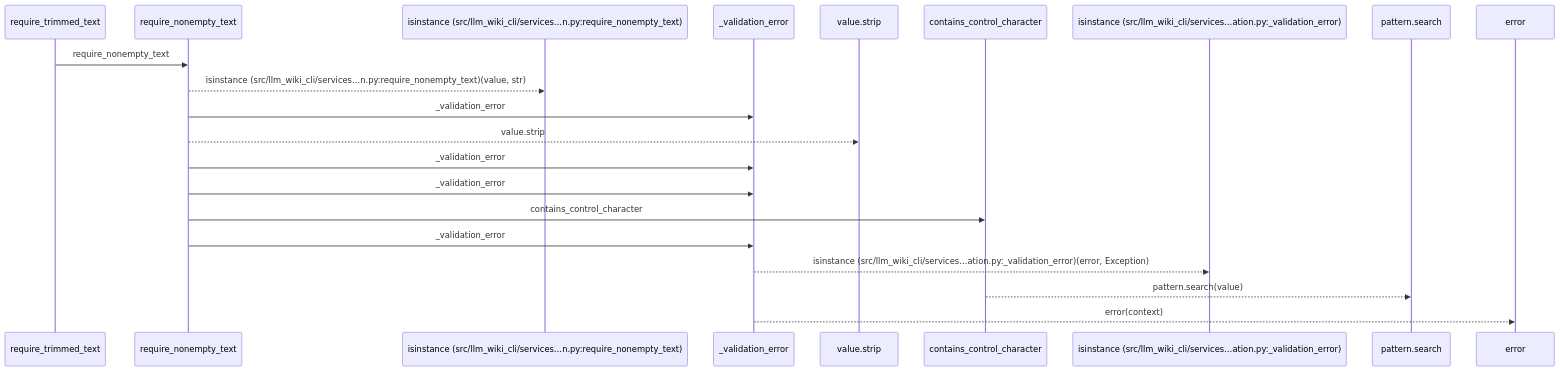
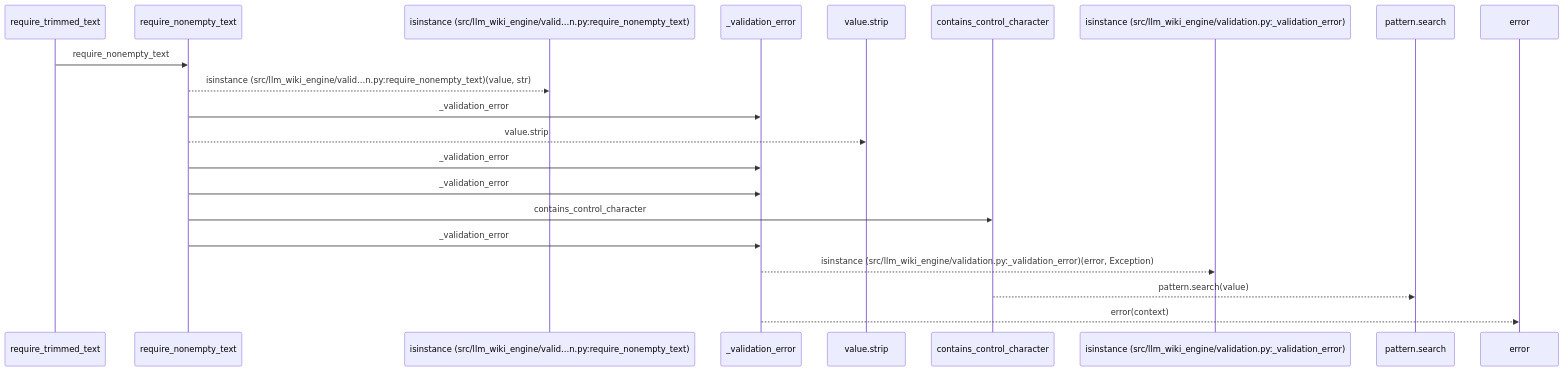
Before and after one commit to Denissvgn/python-wiki-llm: the first of 2 diagrams in docs/llm_wiki/flows/api-require_trimmed_text.md, drawn with Mermaid. The commit also changed other lines of this file and 1103 other files, not shown here.

First line of the commit message:
docs: refresh the wiki for the llm-wiki-engine distribution

````diff
--- a/docs/llm_wiki/flows/api-require_trimmed_text.md
+++ b/docs/llm_wiki/flows/api-require_trimmed_text.md
@@ -12,23 +12,23 @@
 ```mermaid
 sequenceDiagram
     participant p0 as require_trimmed_text
     participant p1 as require_nonempty_text
-    participant p2 as isinstance (src/llm_wiki_cli/services…n.py:require_nonempty_text)
+    participant p2 as isinstance (src/llm_wiki_engine/valid…n.py:require_nonempty_text)
     participant p3 as _validation_error
     participant p4 as value.strip
     participant p5 as contains_control_character
-    participant p6 as isinstance (src/llm_wiki_cli/services…ation.py:_validation_error)
+    participant p6 as isinstance (src/llm_wiki_engine/validation.py:_validation_error)
     participant p7 as pattern.search
     participant p8 as error
     p0->>p1: require_nonempty_text
-    p1-->>p2: isinstance (src/llm_wiki_cli/services…n.py:require_nonempty_text)(value, str)
+    p1-->>p2: isinstance (src/llm_wiki_engine/valid…n.py:require_nonempty_text)(value, str)
     p1->>p3: _validation_error
     p1-->>p4: value.strip
     p1->>p3: _validation_error
     p1->>p3: _validation_error
     p1->>p5: contains_control_character
     p1->>p3: _validation_error
-    p3-->>p6: isinstance (src/llm_wiki_cli/services…ation.py:_validation_error)(error, Exception)
+    p3-->>p6: isinstance (src/llm_wiki_engine/validation.py:_validation_error)(error, Exception)
     p5-->>p7: pattern.search(value)
     p3-->>p8: error(context)
 ```
````
